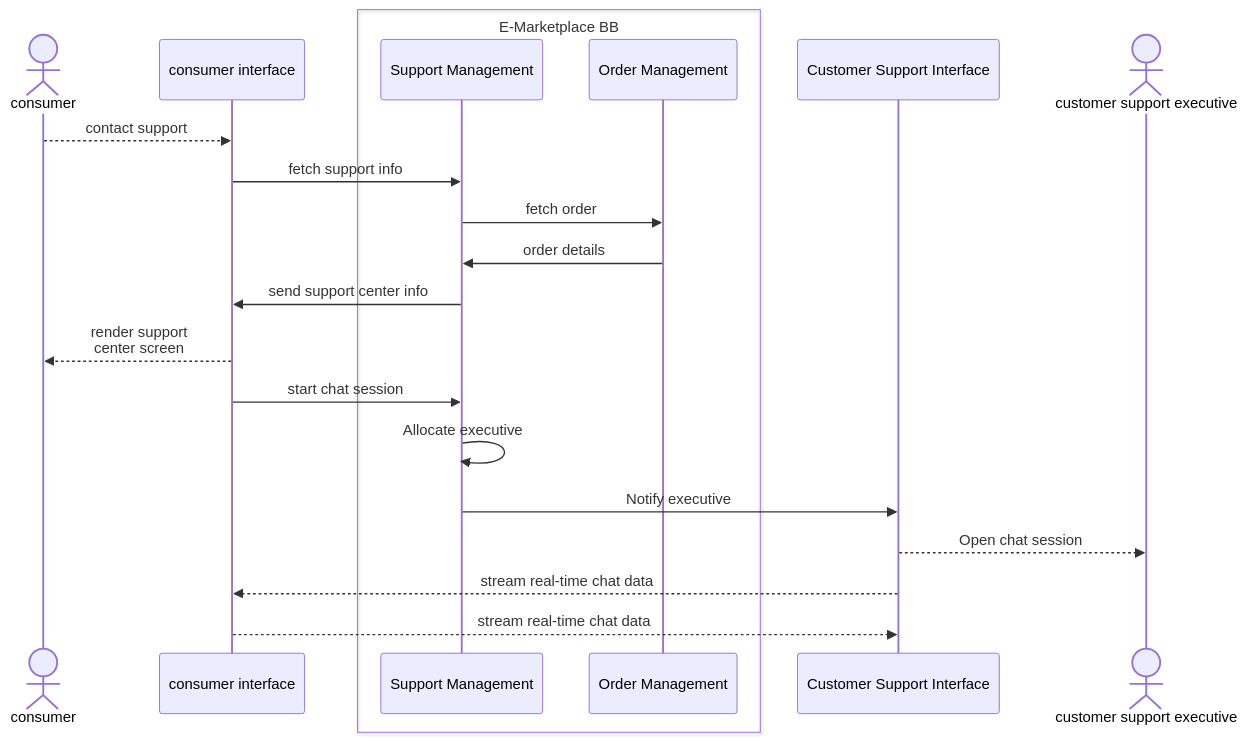
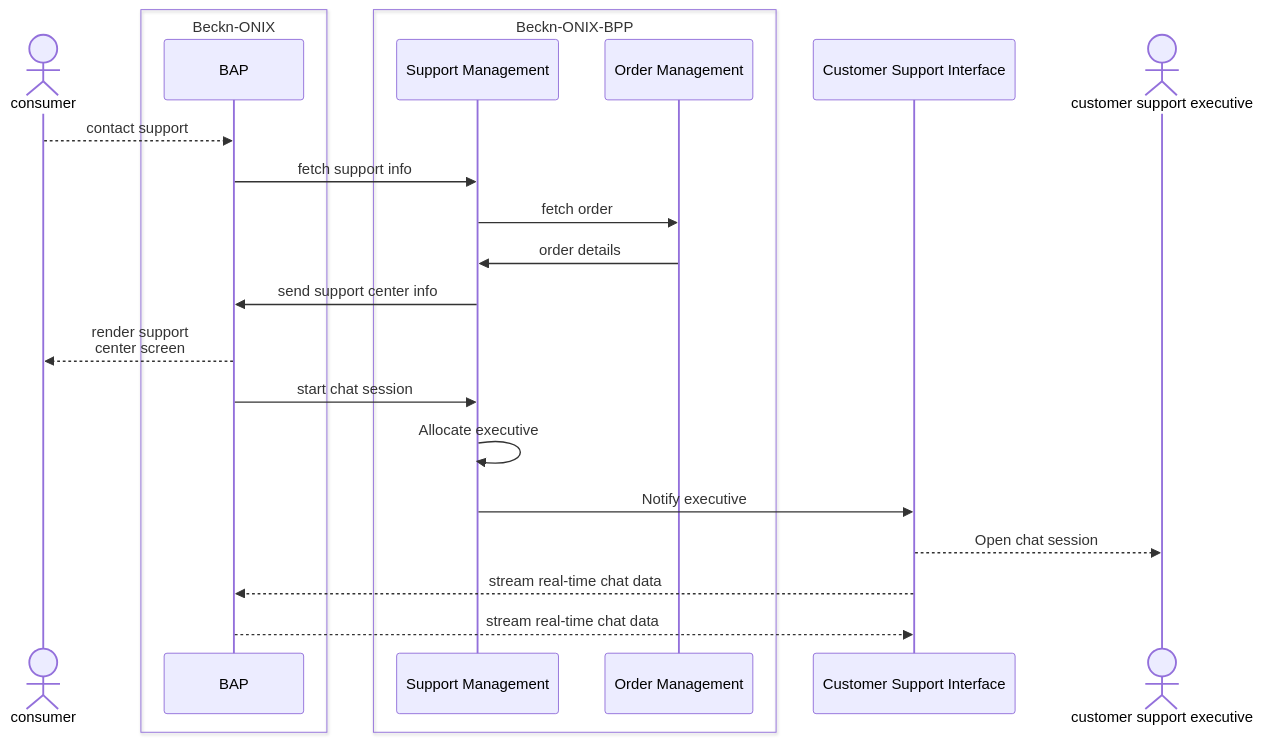
Before and after one commit to rajaneeshk90/gitbook-exp: diagram 17 of 17 in README.md, drawn with Mermaid. The commit also changed other lines of this file, not shown here.

Commit message:
GITBOOK-7: Updated sequence diagram for all APIs

````diff
--- a/README.md
+++ b/README.md
@@ -425,24 +461,25 @@
 ```mermaid
 sequenceDiagram
     Actor consumer
-    participant consumer interface
-    box E-Marketplace BB
+    box Beckn-ONIX
+    participant BAP
+    end
+    box Beckn-ONIX-BPP
     participant Support Management
     participant Order Management
     end
     participant Customer Support Interface
     Actor customer support executive
-    consumer-->>consumer interface: contact support
-    consumer interface->>Support Management: fetch support info
+    consumer-->>BAP: contact support
+    BAP->>Support Management: fetch support info
     Support Management->>Order Management: fetch order
     Order Management->>Support Management: order details
-    Support Management->> consumer interface: send support center info
-    consumer interface-->>consumer: render support <br/> center screen
-    consumer interface->>Support Management: start chat session
+    Support Management->> BAP: send support center info
+    BAP-->>consumer: render support <br/> center screen
+    BAP->>Support Management: start chat session
     Support Management->>Support Management: Allocate executive
     Support Management->>Customer Support Interface: Notify executive
     Customer Support Interface-->>customer support executive: Open chat session
-    Customer Support Interface-->>consumer interface: stream real-time chat data
-    consumer interface-->>Customer Support Interface: stream real-time chat data
-    
+    Customer Support Interface-->>BAP: stream real-time chat data
+    BAP-->>Customer Support Interface: stream real-time chat data
 ```
````
